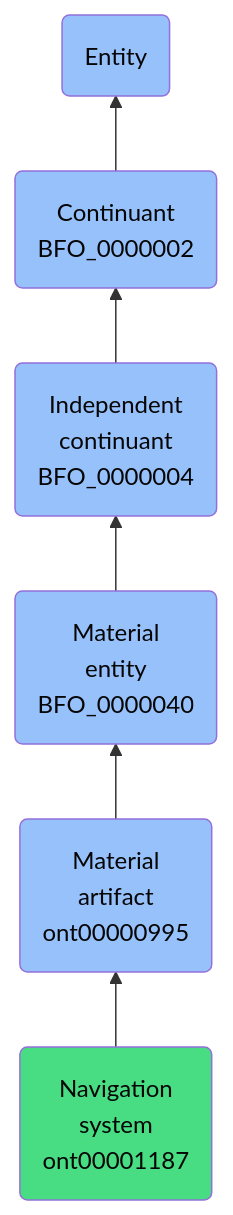
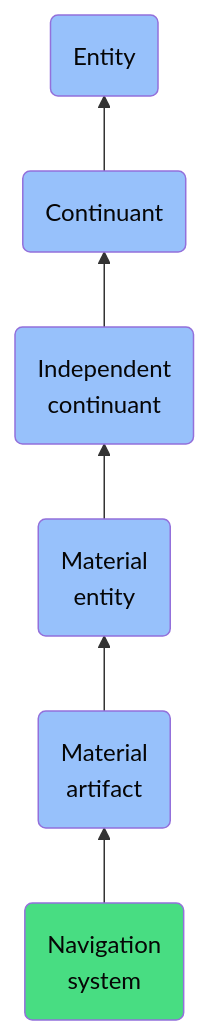
The diagram in docs/ontology/reference/model/Entity/Continuant/Independent continuant/Material entity/Material artifact/Navigation system/Navigation system.md (jupyter-naas/abi), drawn with Mermaid before and after one commit. The commit also changed other lines of this file and 1430 other files, not shown here.

````diff
--- a/docs/ontology/reference/model/Entity/Continuant/Independent continuant/Material entity/Material artifact/Navigation system/Navigation system.md
+++ b/docs/ontology/reference/model/Entity/Continuant/Independent continuant/Material entity/Material artifact/Navigation system/Navigation system.md
@@ -24,13 +24,13 @@
 ```mermaid
 graph BT
-    ont00001187(Navigation<br>system<br>ont00001187):::ABI-->ont00000995
-    ont00000995(Material<br>artifact<br>ont00000995):::BFO-->BFO_0000040
-    BFO_0000040(Material<br>entity<br>BFO_0000040):::BFO-->BFO_0000004
-    BFO_0000004(Independent<br>continuant<br>BFO_0000004):::BFO-->BFO_0000002
-    BFO_0000002(Continuant<br>BFO_0000002):::BFO-->BFO_0000001
+    ont00001187(Navigation<br>system):::ABI-->ont00000995
+    ont00000995(Material<br>artifact):::BFO-->BFO_0000040
+    BFO_0000040(Material<br>entity):::BFO-->BFO_0000004
+    BFO_0000004(Independent<br>continuant):::BFO-->BFO_0000002
+    BFO_0000002(Continuant):::BFO-->BFO_0000001
     BFO_0000001(Entity):::BFO
     
     classDef BFO fill:#97c1fb,color:#060606
     classDef CCO fill:#e4c51e,color:#060606
     classDef ABI fill:#48DD82,color:#060606
 ```
````
